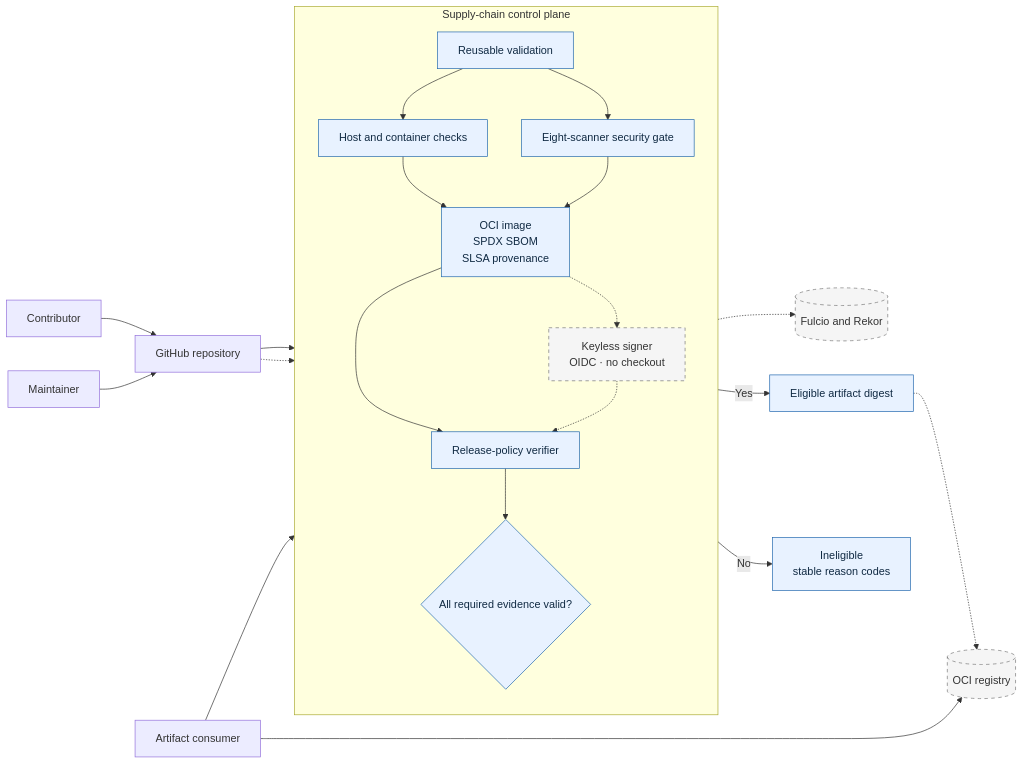
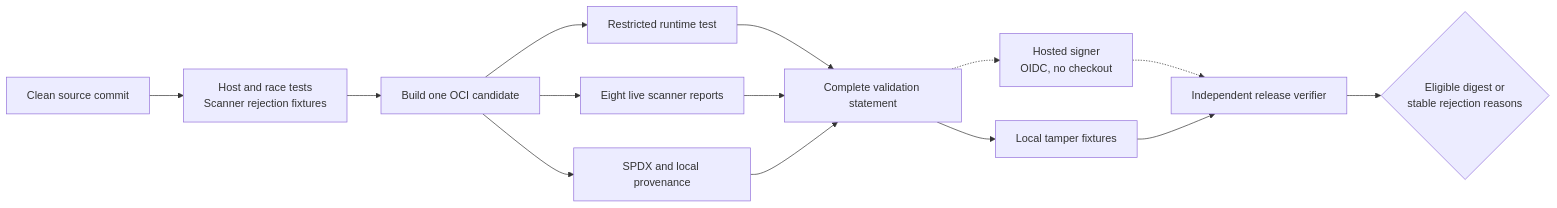
The diagram in README.md (satishgampala/devsecops-supply-chain-template), drawn with Mermaid before and after one commit. The commit also changed other lines of this file and 3 other files, not shown here.

Commit message:
docs: present the project through verifiable release evidence

````diff
--- a/README.md
+++ b/README.md
@@ -15,39 +17,16 @@
 ```mermaid
 flowchart LR
-  contributor[Contributor] --> repository[GitHub repository]
-  maintainer[Maintainer] --> repository
-
-  subgraph controlPlane["Supply-chain control plane"]
-    direction TB
-    validation[Reusable validation]
-    checks[Host and container checks]
-    scanners[Eight-scanner security gate]
-    evidence[OCI image<br/>SPDX SBOM<br/>SLSA provenance]
-    signer[Keyless signer<br/>OIDC · no checkout]
-    verifier[Release-policy verifier]
-    decision{All required evidence valid?}
-
-    validation --> checks
-    validation --> scanners
-    checks --> evidence
-    scanners --> evidence
-    evidence --> verifier
-    evidence -.-> signer
-    signer -.-> verifier
-    verifier --> decision
-  end
-
-  repository --> validation
-  repository -.-> signer
-  signer -.-> sigstore[(Fulcio and Rekor)]
-  decision -->|Yes| eligible[Eligible artifact digest]
-  decision -->|No| rejected[Ineligible<br/>stable reason codes]
-  eligible -.-> registry[(OCI registry)]
-  consumer[Artifact consumer] --> verifier
-  consumer --> registry
-
-  classDef implemented fill:#e8f2ff,stroke:#2167ae,color:#102a43;
-  classDef hosted fill:#f5f5f5,stroke:#777,stroke-dasharray:5 5,color:#333;
-  class validation,checks,scanners,evidence,verifier,decision,eligible,rejected implemented;
-  class signer,sigstore,registry hosted;
+  source[Clean source commit] --> checks[Host and race tests<br/>Scanner rejection fixtures]
+  checks --> image[Build one OCI candidate]
+  image --> runtime[Restricted runtime test]
+  image --> scans[Eight live scanner reports]
+  image --> inventory[SPDX and local provenance]
+  runtime --> statement[Complete validation statement]
+  scans --> statement
+  inventory --> statement
+  statement -.-> signer[Hosted signer<br/>OIDC, no checkout]
+  signer -.-> verifier[Independent release verifier]
+  statement --> fixtures[Local tamper fixtures]
+  fixtures --> verifier
+  verifier --> decision{Eligible digest or<br/>stable rejection reasons}
 ```
````
